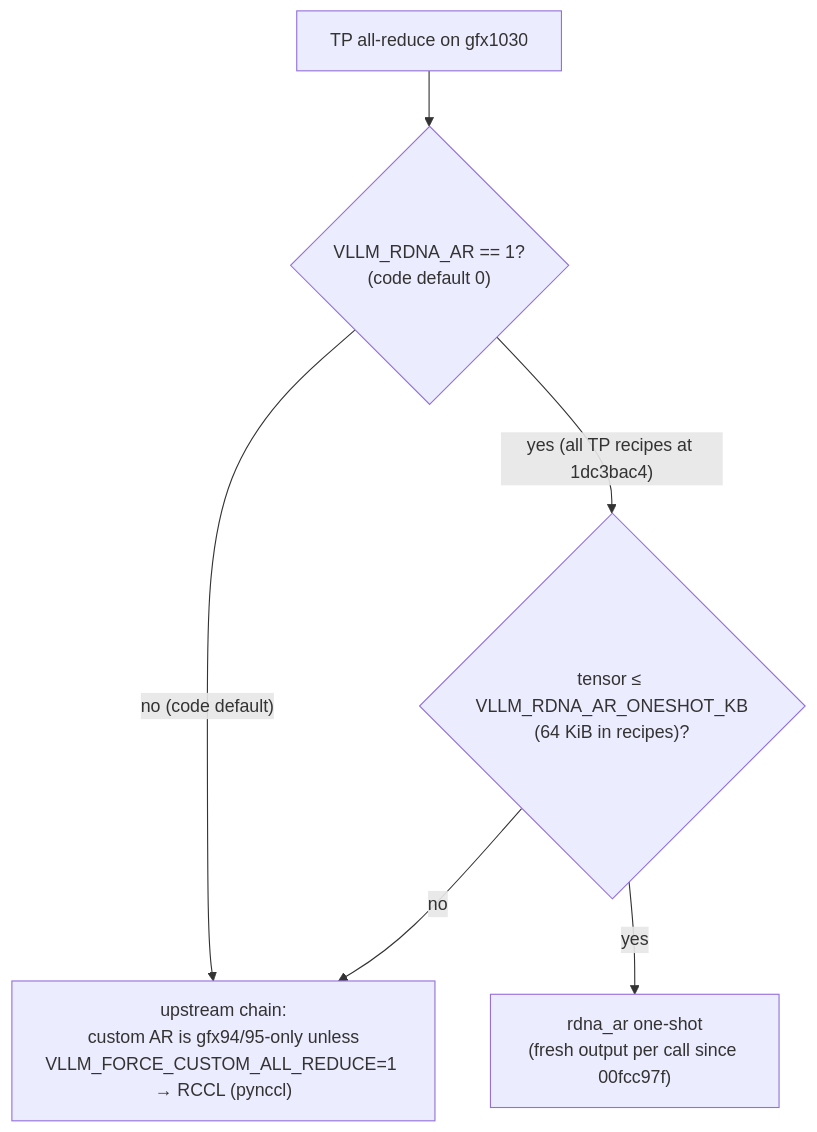
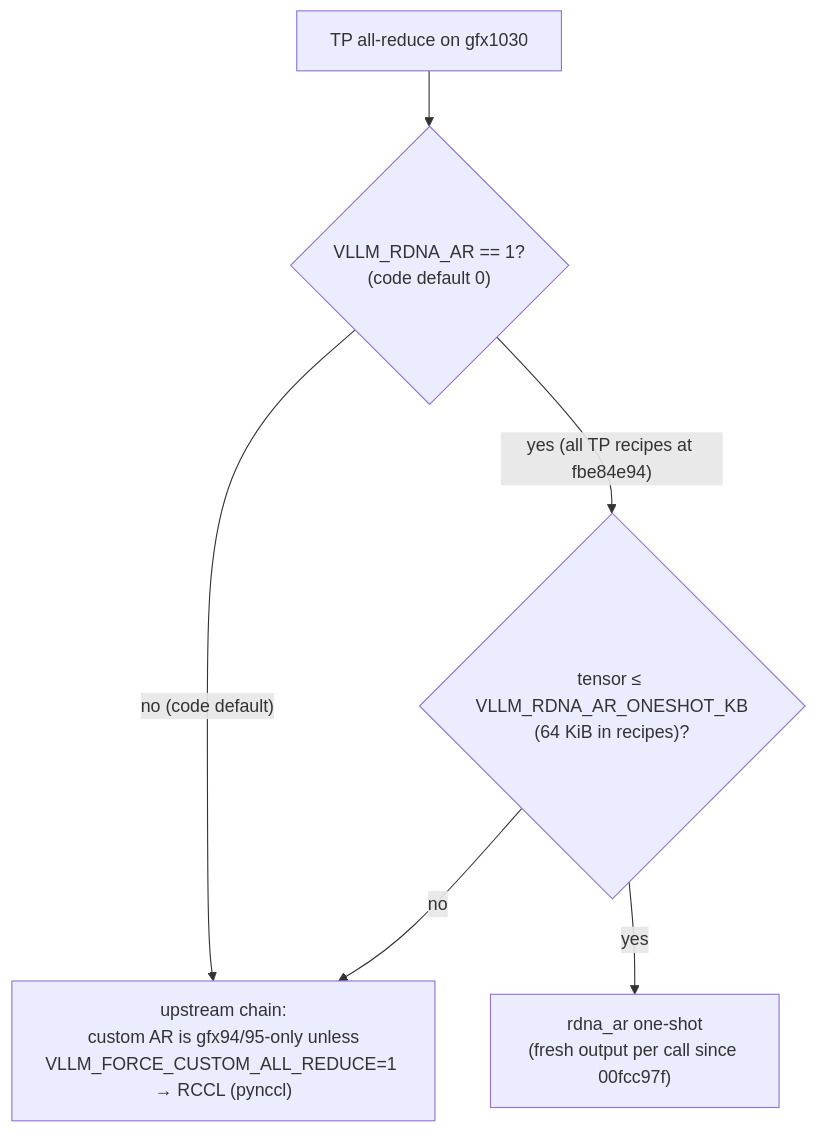
Before and after one commit to BlivionIaG/rdna-hip-wiki: the diagram in fork/serve-locks.md, drawn with Mermaid. The commit also changed other lines of this file and 4 other files, not shown here.

Commit message:
fork: re-pin rdna_extras tip 1dc3bac4 -> fbe84e94 (#52 PLE=int4-disk); fix moved line cites

````diff
--- a/fork/serve-locks.md
+++ b/fork/serve-locks.md
@@ -58,8 +61,8 @@
 ```mermaid
 flowchart TD
   A["TP all-reduce on gfx1030"] --> B{"VLLM_RDNA_AR == 1?<br/>(code default 0)"}
   B -- "no (code default)" --> R["upstream chain:<br/>custom AR is gfx94/95-only unless<br/>VLLM_FORCE_CUSTOM_ALL_REDUCE=1 → RCCL (pynccl)"]
-  B -- "yes (all TP recipes at 1dc3bac4)" --> C{"tensor ≤ VLLM_RDNA_AR_ONESHOT_KB<br/>(64 KiB in recipes)?"}
+  B -- "yes (all TP recipes at fbe84e94)" --> C{"tensor ≤ VLLM_RDNA_AR_ONESHOT_KB<br/>(64 KiB in recipes)?"}
   C -- yes --> O["rdna_ar one-shot<br/>(fresh output per call since 00fcc97f)"]
   C -- no --> R
 ```
````
